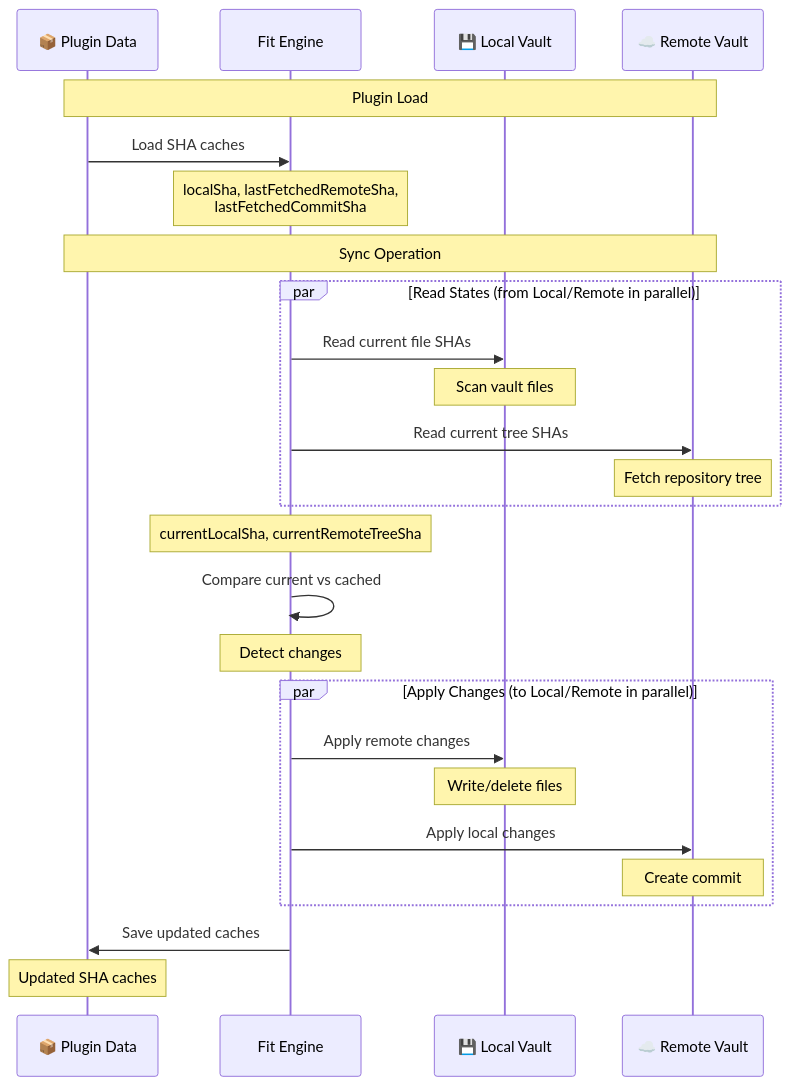
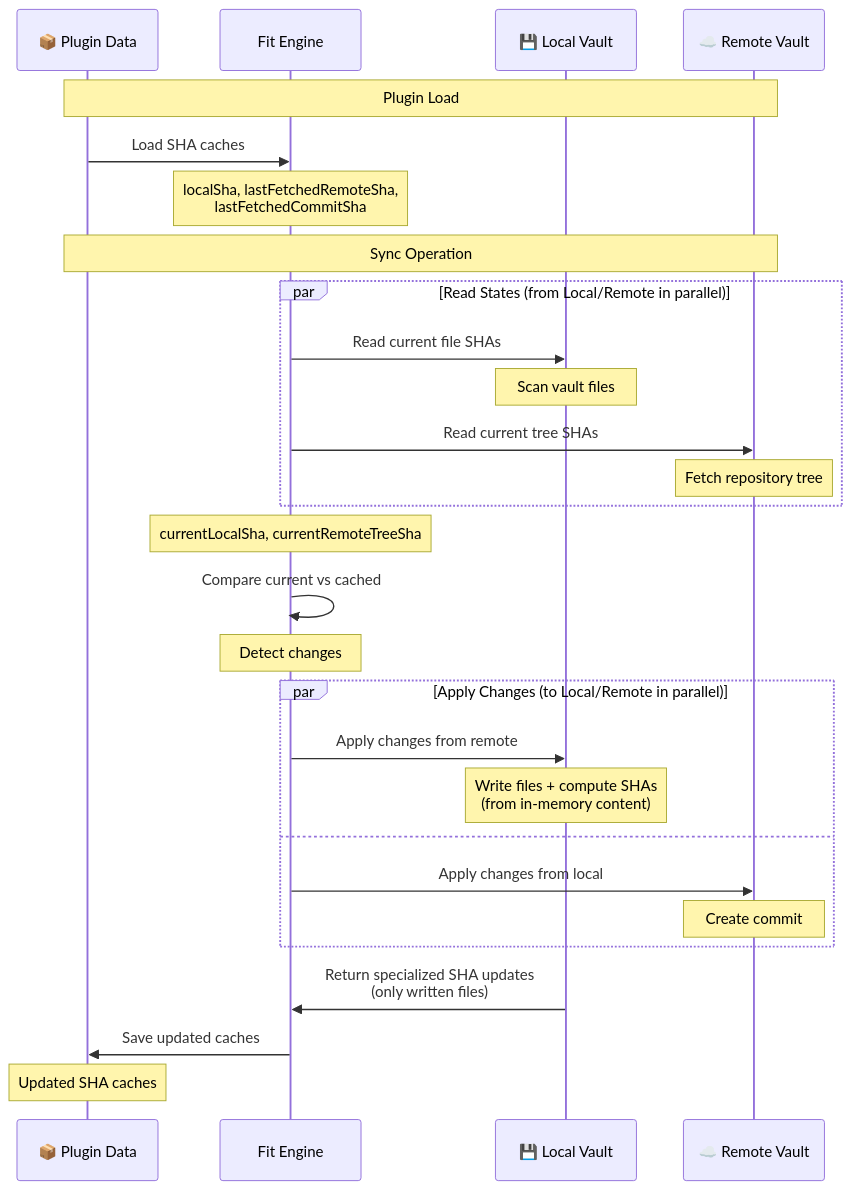
Before and after one commit to joshuakto/fit: the first of 5 diagrams in docs/sync-logic.md, drawn with Mermaid. The commit also changed other lines of this file and 9 other files, not shown here.

Commit message:
perf: Calculate new local SHAs without re-reading files after sync

````diff
--- a/docs/sync-logic.md
+++ b/docs/sync-logic.md
@@ -46,34 +46,36 @@
 ```mermaid
 sequenceDiagram
     participant Storage as 📦 Plugin Data
     participant Fit as Fit Engine
     participant Local as 💾 Local Vault
     participant Remote as ☁️ Remote Vault
 
     Note over Storage,Remote: Plugin Load
     Storage->>Fit: Load SHA caches
     Note over Fit: localSha, lastFetchedRemoteSha,<br/>lastFetchedCommitSha
 
     Note over Storage,Remote: Sync Operation
     par Read States (from Local/Remote in parallel)
         Fit->>Local: Read current file SHAs
         Note over Local: Scan vault files
         Fit->>Remote: Read current tree SHAs
         Note over Remote: Fetch repository tree
     end
 
     Note over Fit: currentLocalSha, currentRemoteTreeSha
 
     Fit->>Fit: Compare current vs cached
     Note over Fit: Detect changes
 
     par Apply Changes (to Local/Remote in parallel)
-        Fit->>Local: Apply remote changes
-        Note over Local: Write/delete files
-        Fit->>Remote: Apply local changes
+        Fit->>Local: Apply changes from remote
+        Note over Local: Write files + compute SHAs<br/>(from in-memory content)
+    and
+        Fit->>Remote: Apply changes from local
         Note over Remote: Create commit
     end
 
+    Local->>Fit: Return specialized SHA updates<br/>(only written files)
     Fit->>Storage: Save updated caches
     Note over Storage: Updated SHA caches
 ```
````
